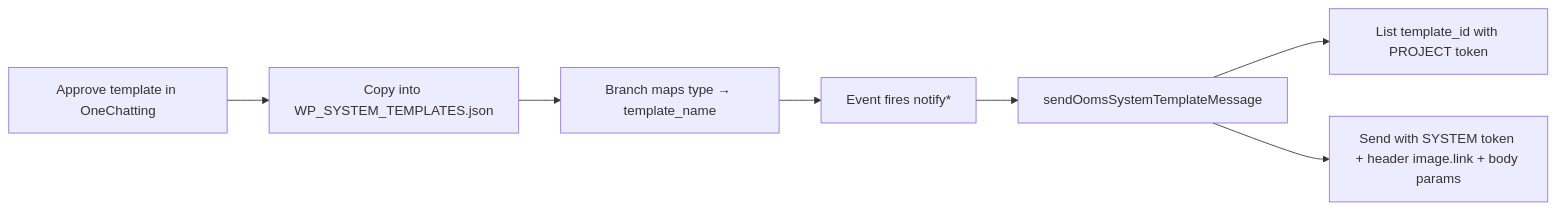
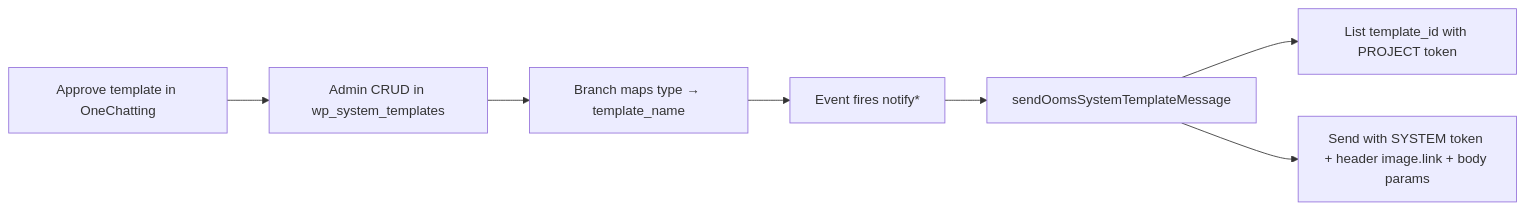
The diagram in context/wp_system.md (bmprofca/oomsserver), drawn with Mermaid before and after one commit. The commit also changed other lines of this file and 15 other files, not shown here.

First line of the commit message:
Refactor WhatsApp template management to use database instead of JSON file

````diff
--- a/context/wp_system.md
+++ b/context/wp_system.md
@@ -35,9 +36,9 @@
 ```mermaid
 flowchart LR
-  A[Approve template in OneChatting] --> B[Copy into WP_SYSTEM_TEMPLATES.json]
+  A[Approve template in OneChatting] --> B[Admin CRUD in wp_system_templates]
   B --> C[Branch maps type → template_name]
   C --> D[Event fires notify*]
   D --> E[sendOomsSystemTemplateMessage]
   E --> F[List template_id with PROJECT token]
   E --> G[Send with SYSTEM token + header image.link + body params]
 ```
````
